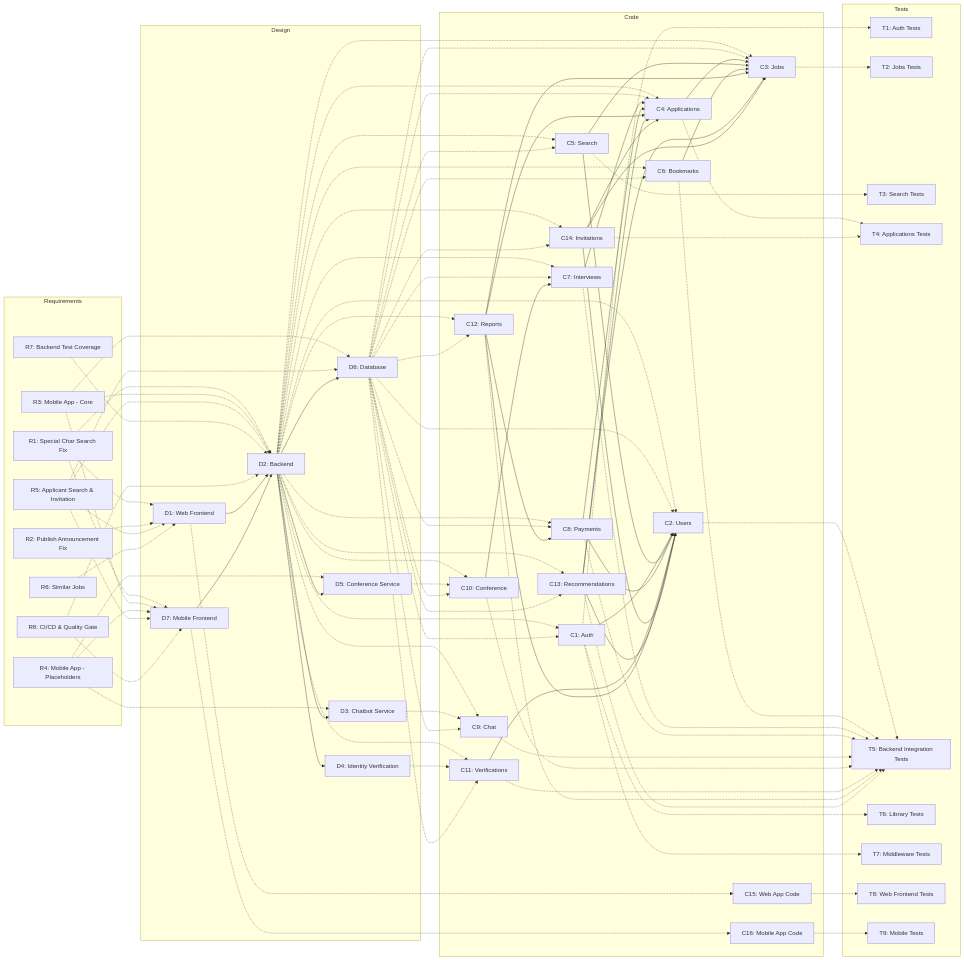
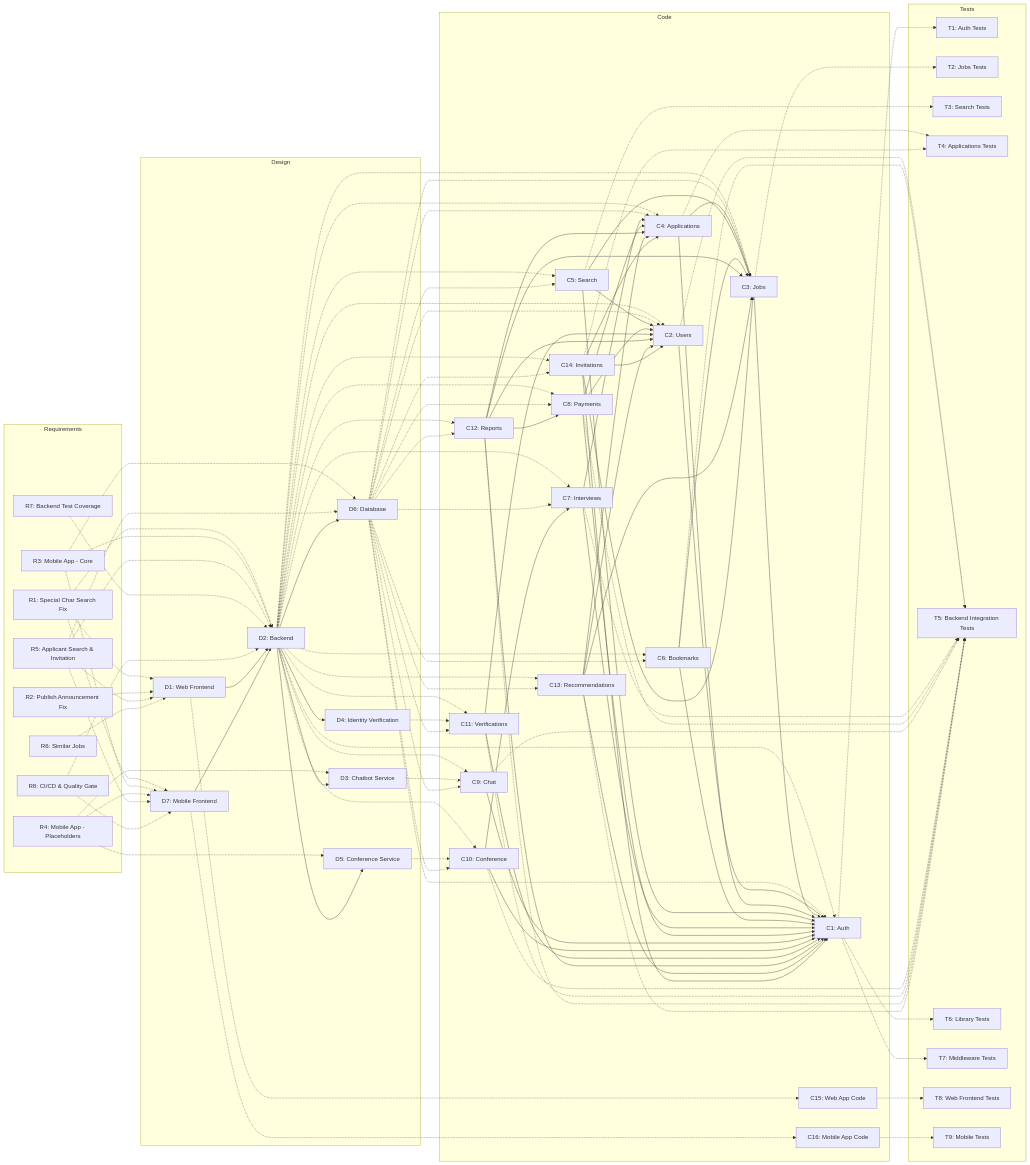
The first of 8 diagrams in D4_IMPACT_ANALYSIS.MD (outoft3n/2025-ITCS383-Chongyai), drawn with Mermaid before and after one commit. The commit also changed other lines of this file, not shown here.

````diff
--- a/D4_IMPACT_ANALYSIS.MD
+++ b/D4_IMPACT_ANALYSIS.MD
@@ -51,6 +53,6 @@
 ```mermaid
 graph LR
- 
+
 subgraph Requirements
 R1[R1: Special Char Search Fix]
 R2[R2: Publish Announcement Fix]
@@ -61,7 +63,7 @@
 R7[R7: Backend Test Coverage]
 R8[R8: CI/CD & Quality Gate]
 end
- 
+
 subgraph Design
 D1[D1: Web Frontend]
 D2[D2: Backend]
@@ -71,7 +73,7 @@
 D6[D6: Database]
 D7[D7: Mobile Frontend]
 end
- 
+
 subgraph Code
 C1[C1: Auth]
 C2[C2: Users]
@@ -90,7 +92,7 @@
 C15[C15: Web App Code]
 C16[C16: Mobile App Code]
 end
- 
+
 subgraph Tests
 T1[T1: Auth Tests]
 T2[T2: Jobs Tests]
@@ -102,7 +104,7 @@
 T8[T8: Web Frontend Tests]
 T9[T9: Mobile Tests]
 end
- 
+
 %% R → D
 R1 -.-> D1
 R1 -.-> D2
@@ -122,7 +124,7 @@
 R7 -.-> D2
 R8 -.-> D2
 R8 -.-> D7
- 
+
 %% D → D
 D1 --> D2
 D7 --> D2
@@ -130,7 +132,7 @@
 D2 --> D4
 D2 --> D5
 D2 --> D6
- 
+
 %% D → C
 D1 -.-> C15
 D7 -.-> C16
@@ -165,29 +167,43 @@
 D6 -.-> C12
 D6 -.-> C13
 D6 -.-> C14
- 
-%% C → C (from Prisma model queries per route)
-C1 --> C2
+
+%% C → C (Auth module = auth.routes.ts + auth.middleware.ts)
+%% All modules depend on C1 via authenticateToken middleware
+%% Additional edges from Prisma model ownership
+C2 --> C1
+C3 --> C1
+C4 --> C1
 C4 --> C3
+C5 --> C1
 C5 --> C2
 C5 --> C3
+C6 --> C1
 C6 --> C3
+C7 --> C1
 C7 --> C4
+C8 --> C1
 C8 --> C2
 C8 --> C4
+C9 --> C1
+C10 --> C1
 C10 --> C7
+C11 --> C1
 C11 --> C2
+C12 --> C1
 C12 --> C2
 C12 --> C3
 C12 --> C4
 C12 --> C8
+C13 --> C1
 C13 --> C2
 C13 --> C3
 C13 --> C4
+C14 --> C1
 C14 --> C2
 C14 --> C3
 C14 --> C4
- 
+
 %% C → T
 C1 -.-> T1
 C1 -.-> T6
````
